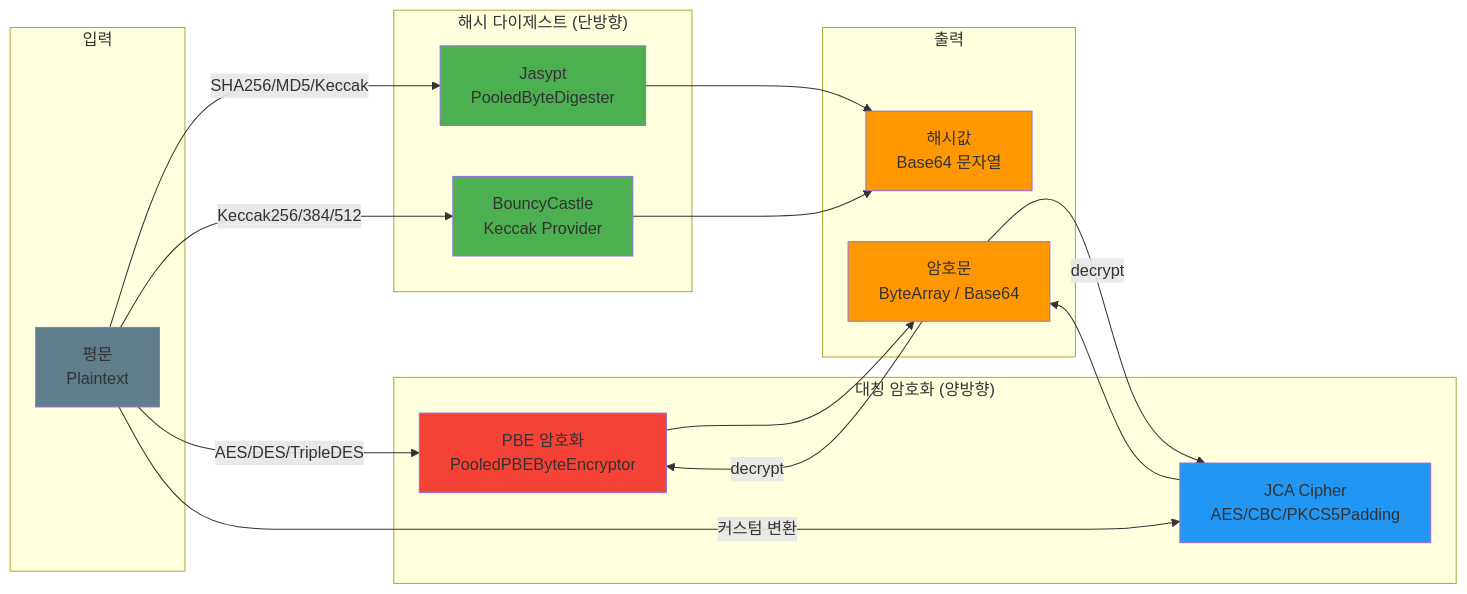
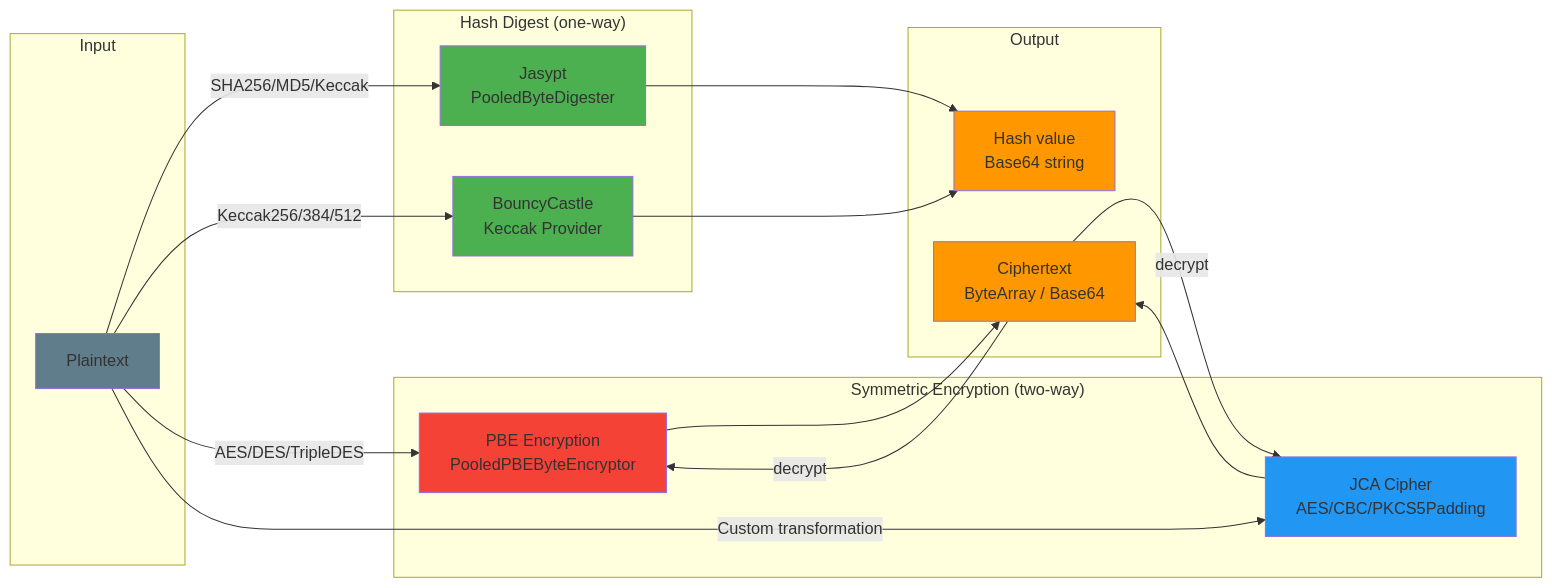
One commit to bluetape4k/bluetape4k-projects changed the second of 2 diagrams in io/crypto/README.md. Above: the diagram before and after it, drawn with Mermaid. The commit also changed other lines of this file and 265 other files, not shown here.

````diff
--- a/io/crypto/README.md
+++ b/io/crypto/README.md
@@ -189,36 +191,36 @@
 ```mermaid
 flowchart LR
-    subgraph 입력
-        P[평문<br/>Plaintext]
+    subgraph Input
+        P[Plaintext]
     end
 
-    subgraph Digest["해시 다이제스트 (단방향)"]
+    subgraph Digest["Hash Digest (one-way)"]
         D1[Jasypt<br/>PooledByteDigester]
         D2[BouncyCastle<br/>Keccak Provider]
     end
 
-    subgraph Encrypt["대칭 암호화 (양방향)"]
-        E1[PBE 암호화<br/>PooledPBEByteEncryptor]
+    subgraph Encrypt["Symmetric Encryption (two-way)"]
+        E1[PBE Encryption<br/>PooledPBEByteEncryptor]
         E2[JCA Cipher<br/>AES/CBC/PKCS5Padding]
     end
 
-    subgraph 출력
-        H[해시값<br/>Base64 문자열]
-        C[암호문<br/>ByteArray / Base64]
+    subgraph Output
+        H[Hash value<br/>Base64 string]
+        C[Ciphertext<br/>ByteArray / Base64]
     end
 
     P -->|SHA256/MD5/Keccak| D1 --> H
     P -->|Keccak256/384/512| D2 --> H
     P -->|AES/DES/TripleDES| E1 --> C
-    P -->|커스텀 변환| E2 --> C
+    P -->|Custom transformation| E2 --> C
     C -->|decrypt| E1
     C -->|decrypt| E2
 
     style P fill:#607D8B
     style D1 fill:#4CAF50
     style D2 fill:#4CAF50
     style E1 fill:#F44336
     style E2 fill:#2196F3
     style H fill:#FF9800
     style C fill:#FF9800
 ```
````
